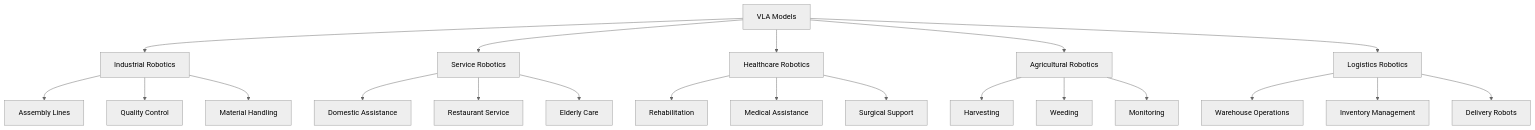
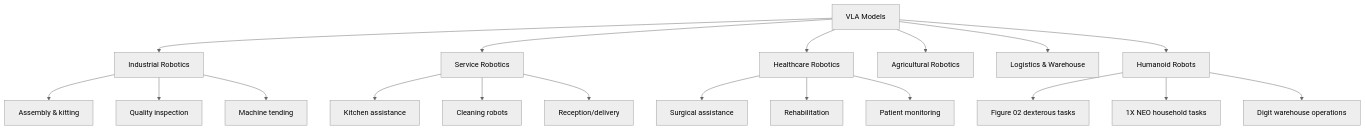
The first of 2 diagrams in project/frontend/docs/vla/applications.md (SheebaZaim/Physical-AI-and-Humanoid-Robtoics), drawn with Mermaid (neutral theme) before and after one commit. The commit also changed other lines of this file and 15 other files, not shown here.

Commit message:
Enrich book content: comprehensive chapters with code, diagrams, images

````diff
--- a/project/frontend/docs/vla/applications.md
+++ b/project/frontend/docs/vla/applications.md
@@ -12,28 +11,25 @@
-  ```mermaid
-  graph TB
-      A[VLA Models] --> B[Industrial Robotics]
-      A --> C[Service Robotics]
-      A --> D[Healthcare Robotics]
-      A --> E[Agricultural Robotics]
-      A --> F[Logistics Robotics]
+```mermaid
+graph TB
+    VLA[VLA Models] --> IND[Industrial Robotics]
+    VLA --> SVC[Service Robotics]
+    VLA --> HC[Healthcare Robotics]
+    VLA --> AGR[Agricultural Robotics]
+    VLA --> LOG[Logistics & Warehouse]
+    VLA --> HUM[Humanoid Robots]
 
-      B --> B1[Assembly Lines]
-      B --> B2[Quality Control]
-      B --> B3[Material Handling]
+    IND --> IND1[Assembly & kitting]
+    IND --> IND2[Quality inspection]
+    IND --> IND3[Machine tending]
 
-      C --> C1[Domestic Assistance]
-      C --> C2[Restaurant Service]
-      C --> C3[Elderly Care]
+    SVC --> SVC1[Kitchen assistance]
+    SVC --> SVC2[Cleaning robots]
+    SVC --> SVC3[Reception/delivery]
 
-      D --> D1[Rehabilitation]
-      D --> D2[Medical Assistance]
-      D --> D3[Surgical Support]
+    HC --> HC1[Surgical assistance]
+    HC --> HC2[Rehabilitation]
+    HC --> HC3[Patient monitoring]
 
-      E --> E1[Harvesting]
-      E --> E2[Weeding]
-      E --> E3[Monitoring]
-
-      F --> F1[Warehouse Operations]
-      F --> F2[Inventory Management]
-      F --> F3[Delivery Robots]
-  ```
+    HUM --> HUM1[Figure 02 dexterous tasks]
+    HUM --> HUM2[1X NEO household tasks]
+    HUM --> HUM3[Digit warehouse operations]
+```
````
